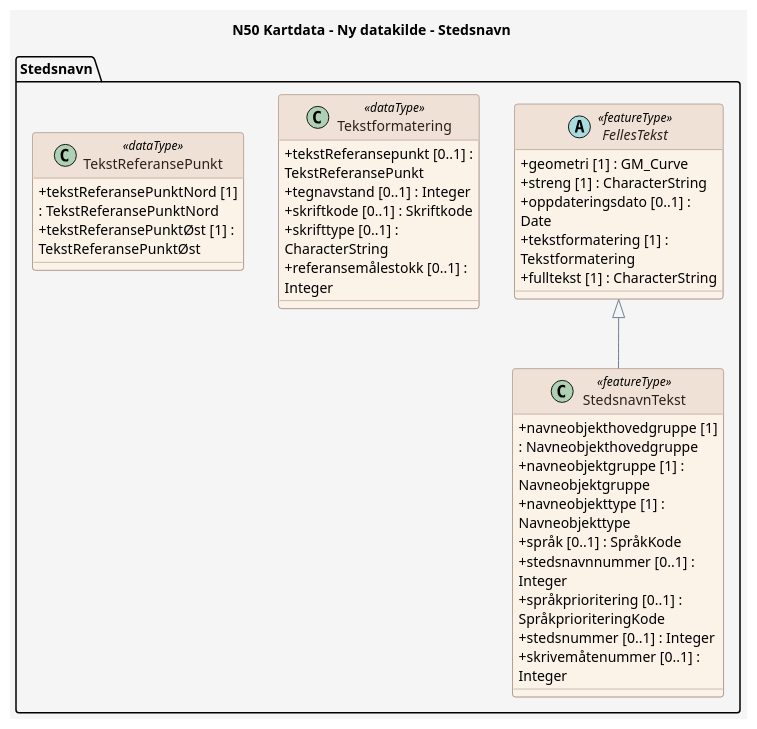
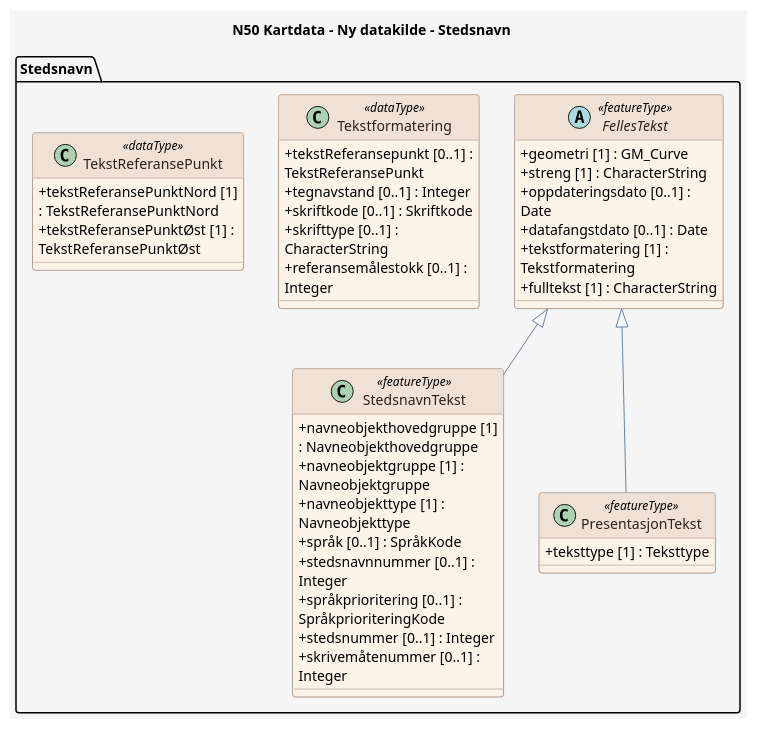
One commit to KentJonsrud/produktspesifikasjon_sommer changed the diagram in produktspesifikasjon/n50-kartdata/ny-datakilde/ny-datakilde_feature_catalogue_Stedsnavn.puml. Above: the diagram before and after it, drawn with PlantUML. The commit also changed 26 other files, not shown here.

```diff
--- a/produktspesifikasjon/n50-kartdata/ny-datakilde/ny-datakilde_feature_catalogue_Stedsnavn.puml
+++ b/produktspesifikasjon/n50-kartdata/ny-datakilde/ny-datakilde_feature_catalogue_Stedsnavn.puml
@@ -1,68 +1,74 @@
 @startuml
 ' For wide diagrams, render with: plantuml -DPLANTUML_LIMIT_SIZE=16384 ...
 ' The 'scale max' directive below caps the rendered output to prevent the
 ' default PlantUML 4096px size limit from cropping the diagram.
 scale max 4000*4000
 
 title N50 Kartdata - Ny datakilde - Stedsnavn
 
 skinparam backgroundColor #F5F5F5
 skinparam shadowing false
 skinparam RoundCorner 6
 skinparam ArrowColor #6C8198
 skinparam wrapWidth 200
 skinparam class {
   BackgroundColor #FBF2E8
   BorderColor #9C8578
   FontColor #2D201A
   HeaderBackgroundColor #EFE1D6
   HeaderFontColor #2D201A
   AttributeIconSize 0
 }
 skinparam note {
   BackgroundColor #FFFFFF
   BorderColor #6C8198
   FontColor #2D201A
 }
 skinparam stereotypeCBackgroundColor #EAD9CE
 skinparam stereotypeCBorderColor #9C8578
 skinparam stereotypeCFontColor #2D201A
 
 package "Stedsnavn" {
 
   class StedsnavnTekst <<featureType>> {
     + navneobjekthovedgruppe [1] : Navneobjekthovedgruppe
     + navneobjektgruppe [1] : Navneobjektgruppe
     + navneobjekttype [1] : Navneobjekttype
     + språk [0..1] : SpråkKode
     + stedsnavnnummer [0..1] : Integer
     + språkprioritering [0..1] : SpråkprioriteringKode
     + stedsnummer [0..1] : Integer
     + skrivemåtenummer [0..1] : Integer
   }
 
   abstract class FellesTekst <<featureType>> {
     + geometri [1] : GM_Curve
     + streng [1] : CharacterString
     + oppdateringsdato [0..1] : Date
+    + datafangstdato [0..1] : Date
     + tekstformatering [1] : Tekstformatering
     + fulltekst [1] : CharacterString
+  }
+
+  class PresentasjonTekst <<featureType>> {
+    + teksttype [1] : Teksttype
   }
 
   class Tekstformatering <<dataType>> {
     + tekstReferansepunkt [0..1] : TekstReferansePunkt
     + tegnavstand [0..1] : Integer
     + skriftkode [0..1] : Skriftkode
     + skrifttype [0..1] : CharacterString
     + referansemålestokk [0..1] : Integer
   }
 
   class TekstReferansePunkt <<dataType>> {
     + tekstReferansePunktNord [1] : TekstReferansePunktNord
     + tekstReferansePunktØst [1] : TekstReferansePunktØst
   }
 }
 
 FellesTekst <|-- StedsnavnTekst
+FellesTekst <|-- PresentasjonTekst
 
 @enduml
```
